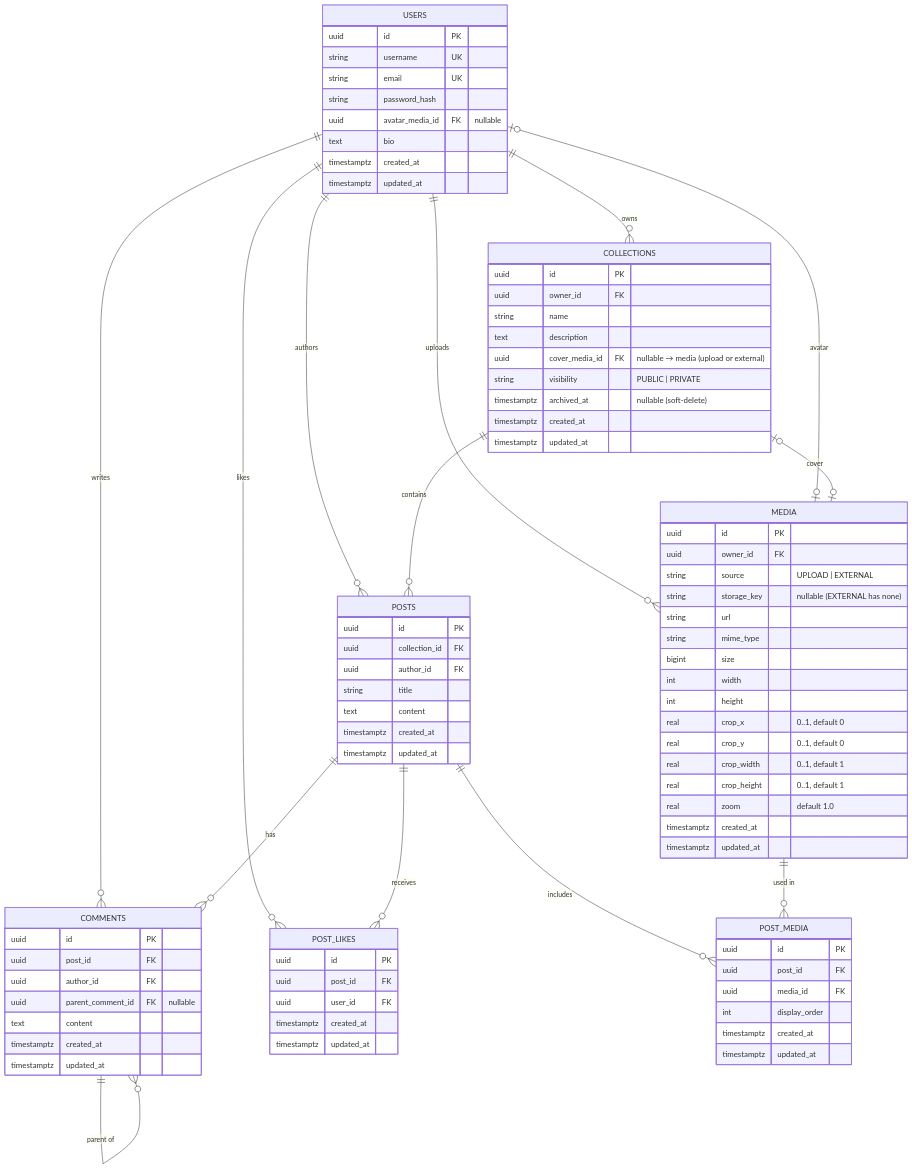
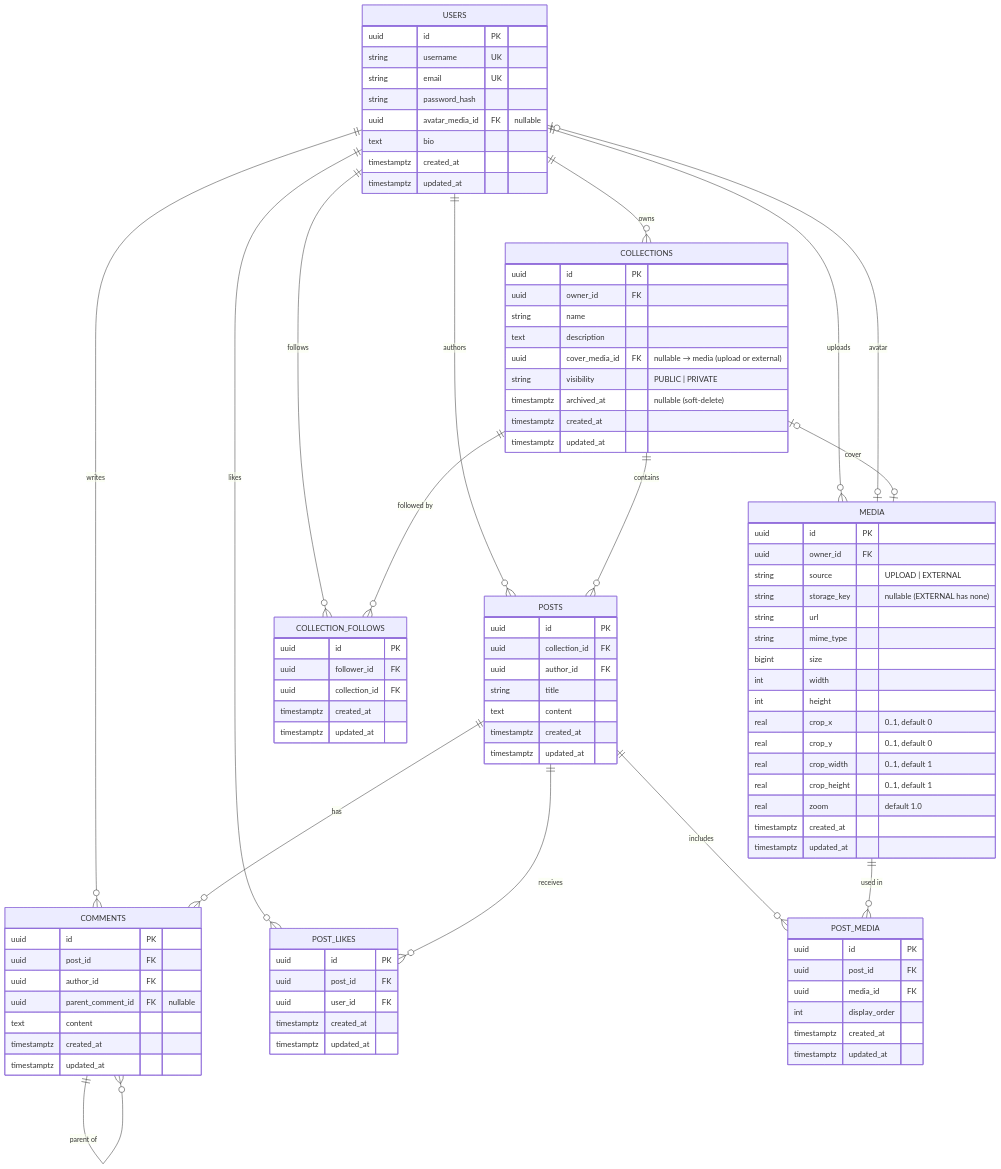
One commit to hdang-dev/dannest changed the diagram in docs/db-schema.md. Above: the diagram before and after it, drawn with Mermaid. The commit also changed other lines of this file and 3 other files, not shown here.

First line of the commit message:
docs: microservices split — README, db-schema, new Lesson 4

````diff
--- a/docs/db-schema.md
+++ b/docs/db-schema.md
@@ -28,6 +35,8 @@
     POSTS ||--o{ COMMENTS : has
     COMMENTS ||--o{ COMMENTS : "parent of"
     POSTS ||--o{ POST_LIKES : receives
+    USERS ||--o{ COLLECTION_FOLLOWS : follows
+    COLLECTIONS ||--o{ COLLECTION_FOLLOWS : "followed by"
 
     USERS {
         uuid id PK
@@ -101,4 +110,11 @@
         timestamptz created_at
         timestamptz updated_at
     }
+    COLLECTION_FOLLOWS {
+        uuid id PK
+        uuid follower_id FK
+        uuid collection_id FK
+        timestamptz created_at
+        timestamptz updated_at
+    }
 ```
````
